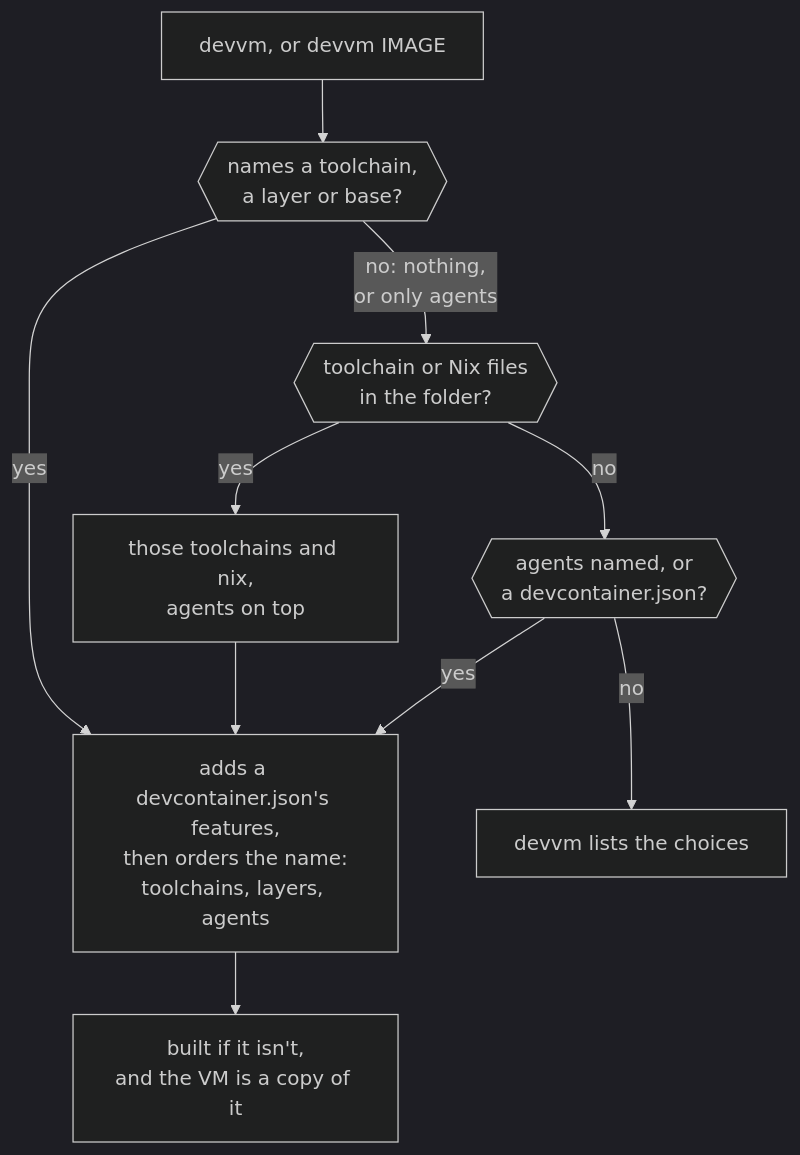
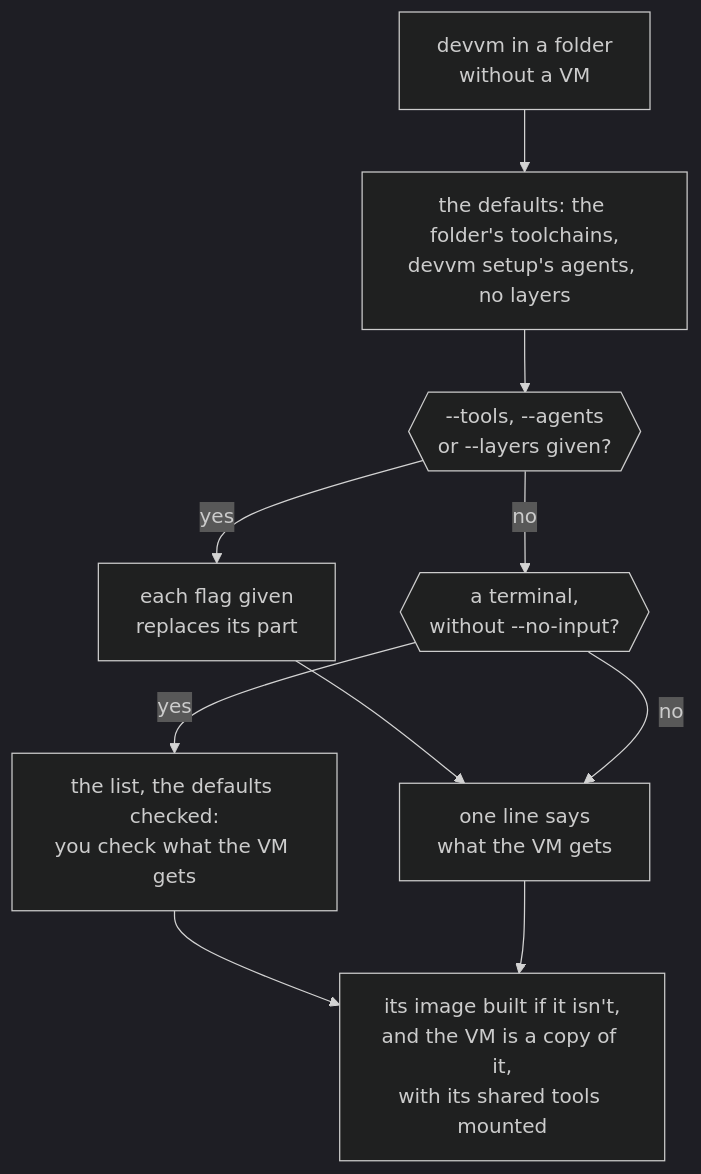
One commit to DustyPolk/devvm changed the second of 2 diagrams in docs/content/docs/using/images.md. Above: the diagram before and after it, drawn with Mermaid (dark theme). The commit also changed other lines of this file and 178 other files, not shown here.

````diff
--- a/docs/content/docs/using/images.md
+++ b/docs/content/docs/using/images.md
@@ -71,12 +71,10 @@
 ```mermaid
 flowchart TD
-  run["devvm, or devvm IMAGE"] --> named{{"names a toolchain,<br>a layer or base?"}}
-  named -- "yes" --> order
-  named -- "no: nothing,<br>or only agents" --> detect{{"toolchain or Nix files<br>in the folder?"}}
-  detect -- "yes" --> found["those toolchains and nix,<br>agents on top"] --> order
-  detect -- "no" --> other{{"agents named, or<br>a devcontainer.json?"}}
-  other -- "yes" --> order
-  other -- "no" --> list["devvm lists the choices"]
-  order["adds a devcontainer.json's features,<br>then orders the name:<br>toolchains, layers, agents"]
-  order --> copy["built if it isn't,<br>and the VM is a copy of it"]
+  run["devvm in a folder<br>without a VM"] --> defaults["the defaults: the folder's toolchains,<br>devvm setup's agents, no layers"]
+  defaults --> flags{{"--tools, --agents<br>or --layers given?"}}
+  flags -- "yes" --> replace["each flag given<br>replaces its part"] --> say
+  flags -- "no" --> term{{"a terminal,<br>without --no-input?"}}
+  term -- "yes" --> pick["the list, the defaults checked:<br>you check what the VM gets"] --> copy
+  term -- "no" --> say["one line says<br>what the VM gets"]
+  say --> copy["its image built if it isn't,<br>and the VM is a copy of it,<br>with its shared tools mounted"]
 ```
````
